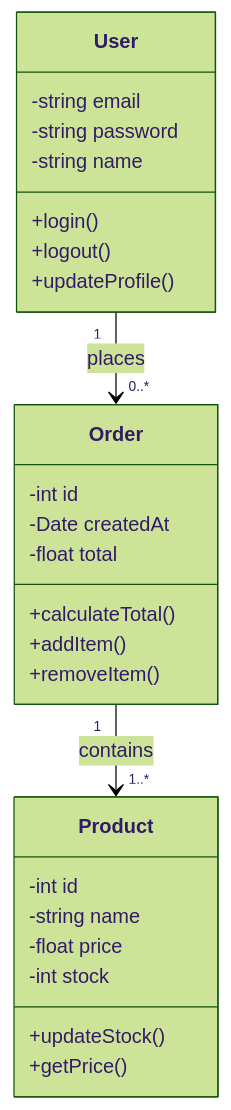
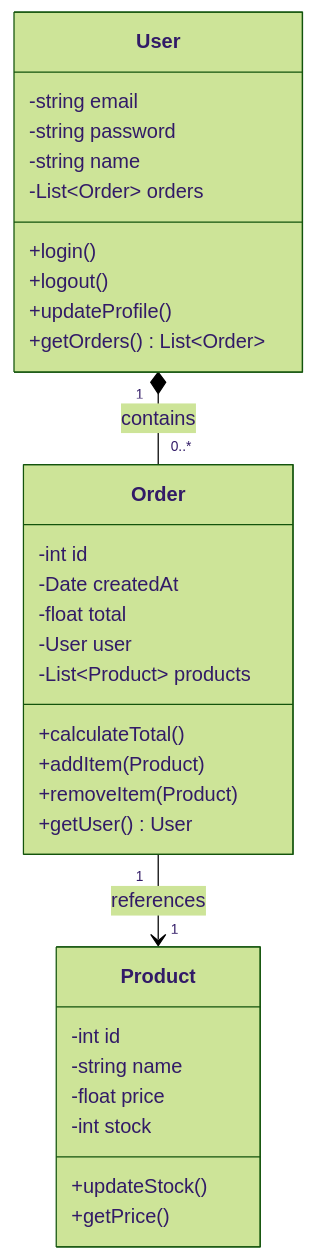
One commit to allthings-dev/junk changed the fourth of 7 diagrams in README.md. Above: the diagram before and after it, drawn with Mermaid (forest theme). The commit also changed other lines of this file, not shown here.

````diff
--- a/README.md
+++ b/README.md
@@ -54,32 +54,37 @@
 ```mermaid
 classDiagram
     class User {
         -string email
         -string password
         -string name
+        -List~Order~ orders
         +login()
         +logout()
         +updateProfile()
+        +getOrders() List~Order~
     }
     
     class Order {
         -int id
         -Date createdAt
         -float total
+        -User user
+        -List~Product~ products
         +calculateTotal()
-        +addItem()
-        +removeItem()
+        +addItem(Product)
+        +removeItem(Product)
+        +getUser() User
     }
     
     class Product {
         -int id
         -string name
         -float price
         -int stock
         +updateStock()
         +getPrice()
     }
     
-     User "1" --> "0..*" Order : places
-    Order "1" --> "1..*" Product : contains
+     User "1" *-- "0..*" Order : contains
+     Order "1" --> "1" Product : references
 ```
````
